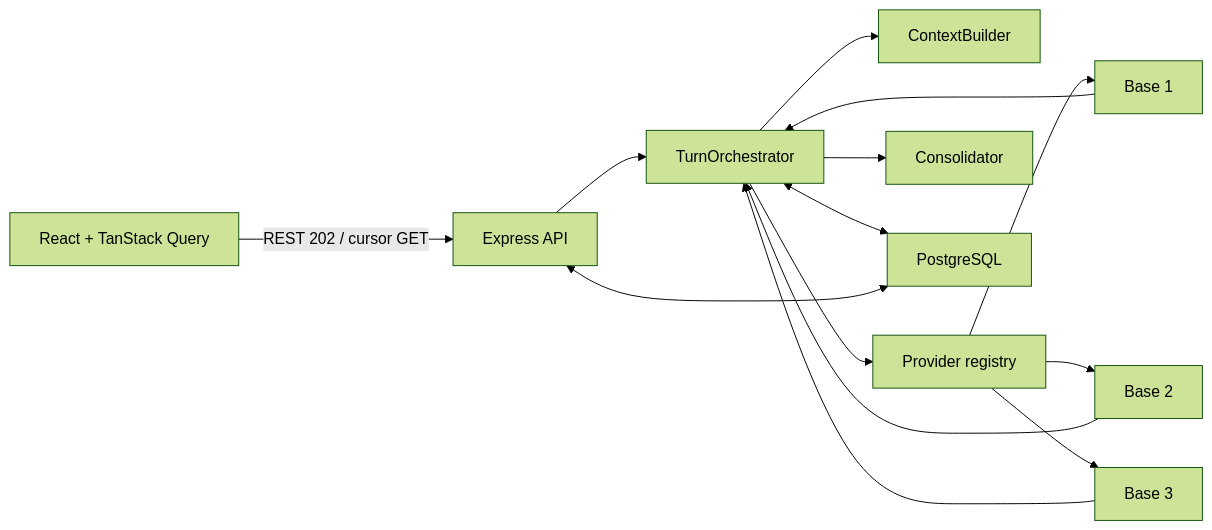
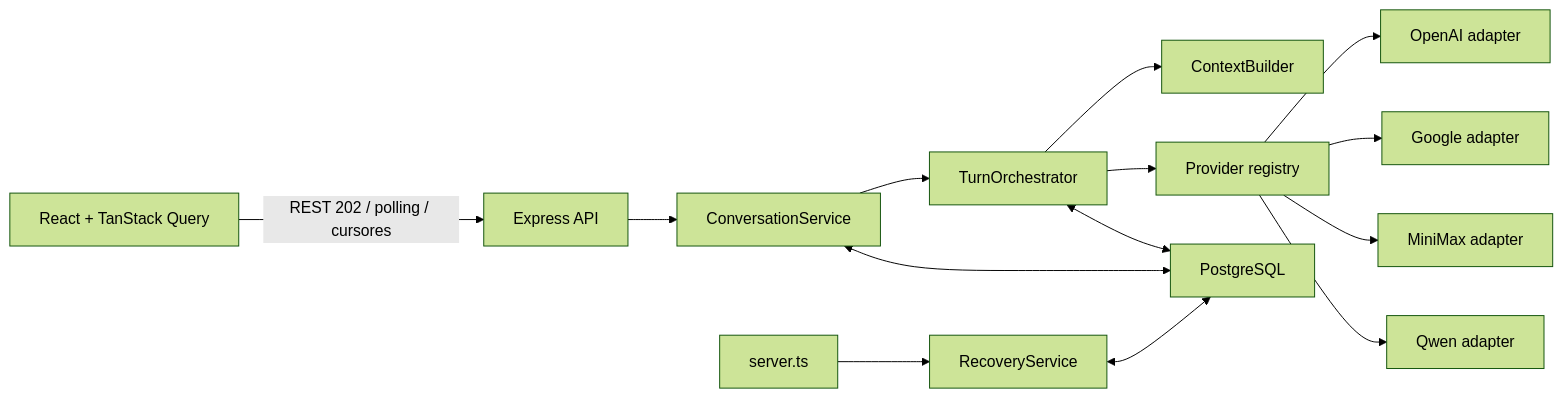
Before and after one commit to junforever/modelfuse: the diagram in specs/001-compare-llm-responses/plan.md, drawn with Mermaid (forest theme). The commit also changed other lines of this file and 6 other files, not shown here.

````diff
--- a/specs/001-compare-llm-responses/plan.md
+++ b/specs/001-compare-llm-responses/plan.md
@@ -109,16 +143,16 @@
 ```mermaid
 flowchart LR
-    UI["React + TanStack Query"] -->|"REST 202 / cursor GET"| API["Express API"]
-    API --> ORCH["TurnOrchestrator"]
+    UI["React + TanStack Query"] -->|"REST 202 / polling / cursores"| API["Express API"]
+    API --> SVC["ConversationService"]
+    SVC --> ORCH["TurnOrchestrator"]
     ORCH --> CTX["ContextBuilder"]
     ORCH --> REG["Provider registry"]
-    REG --> B1["Base 1"]
-    REG --> B2["Base 2"]
-    REG --> B3["Base 3"]
-    B1 --> ORCH
-    B2 --> ORCH
-    B3 --> ORCH
-    ORCH --> C["Consolidator"]
+    REG --> OAI["OpenAI adapter"]
+    REG --> GGL["Google adapter"]
+    REG --> MM["MiniMax adapter"]
+    REG --> QW["Qwen adapter"]
     ORCH <--> DB["PostgreSQL"]
-    API <--> DB
+    SVC <--> DB
+    START["server.ts"] --> REC["RecoveryService"]
+    REC <--> DB
 ```
````
